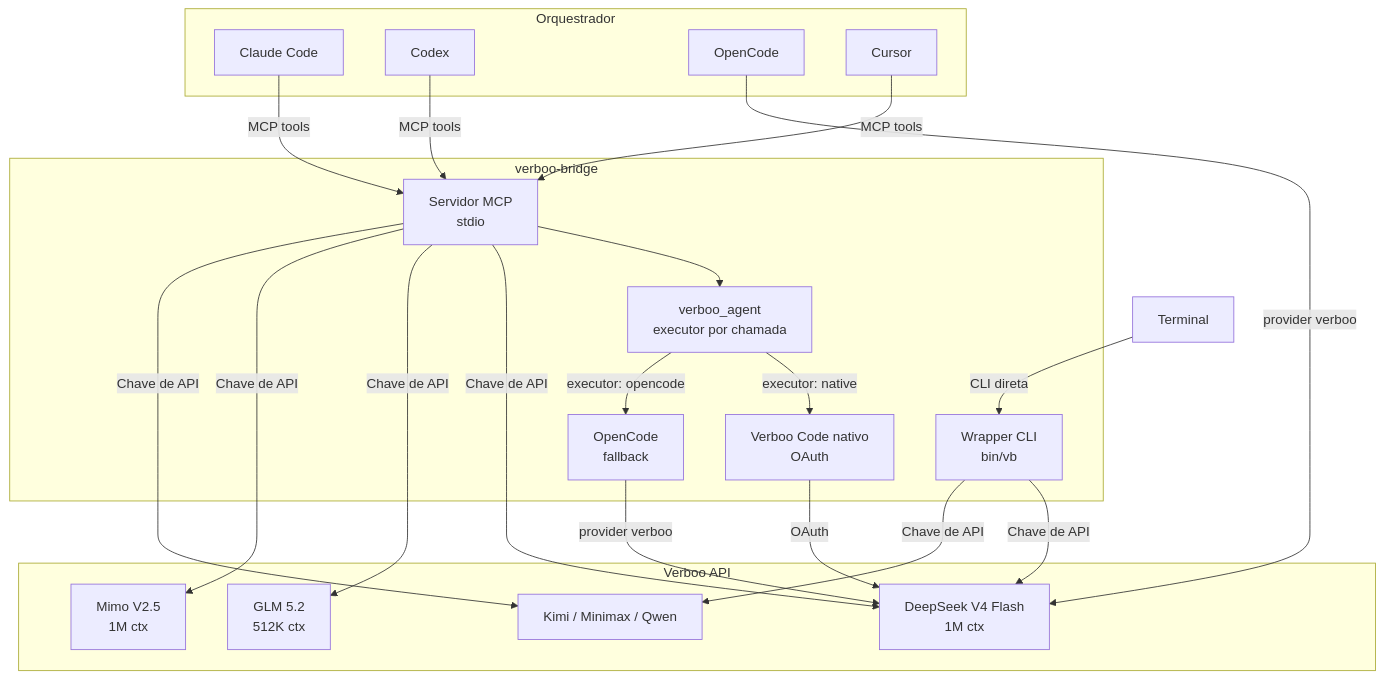
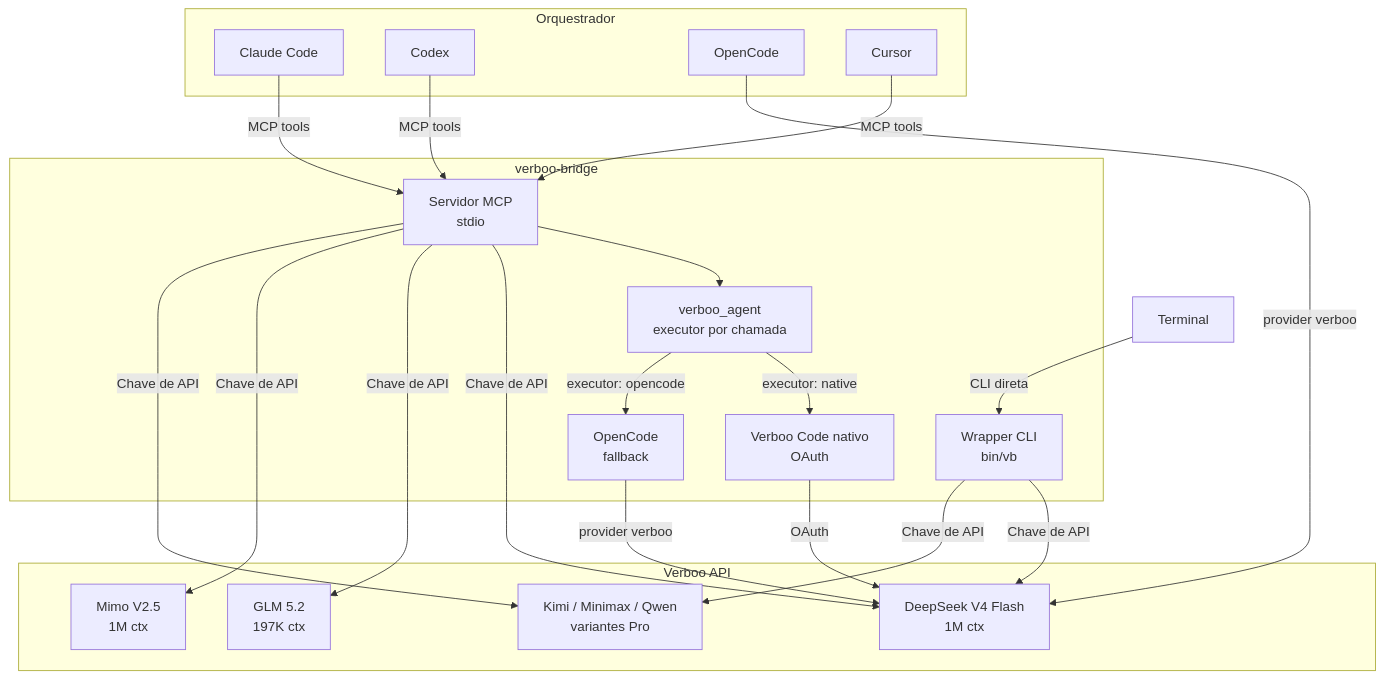
One commit to nikolasdehor/verboo-bridge changed the first of 2 diagrams in README.md. Above: the diagram before and after it, drawn with Mermaid. The commit also changed other lines of this file and 10 other files, not shown here.

````diff
--- a/README.md
+++ b/README.md
@@ -21,42 +21,42 @@
 ```mermaid
 graph TB
     subgraph "Orquestrador"
         CLAUDE[Claude Code]
         CODEX[Codex]
         OPENCODE[OpenCode]
         CURSOR[Cursor]
     end
 
     subgraph "verboo-bridge"
         MCP[Servidor MCP<br/>stdio]
         CLI[Wrapper CLI<br/>bin/vb]
         AGENT[verboo_agent<br/>executor por chamada]
         NATIVE[Verboo Code nativo<br/>OAuth]
         HARNESS[OpenCode<br/>fallback]
     end
 
     subgraph "Verboo API"
         DS[DeepSeek V4 Flash<br/>1M ctx]
-        GLM[GLM 5.2<br/>512K ctx]
+        GLM[GLM 5.2<br/>197K ctx]
         MIMO[Mimo V2.5<br/>1M ctx]
-        OUTROS[Kimi / Minimax / Qwen]
+        OUTROS[Kimi / Minimax / Qwen<br/>variantes Pro]
     end
 
     CLAUDE -->|MCP tools| MCP
     CODEX -->|MCP tools| MCP
     CURSOR -->|MCP tools| MCP
     Terminal -->|CLI direta| CLI
 
     MCP --> AGENT
     AGENT -->|executor: native| NATIVE
     AGENT -->|executor: opencode| HARNESS
     NATIVE -->|OAuth| DS
     HARNESS -->|provider verboo| DS
     OPENCODE -->|provider verboo| DS
     MCP -->|Chave de API| DS
     MCP -->|Chave de API| GLM
     MCP -->|Chave de API| MIMO
     MCP -->|Chave de API| OUTROS
     CLI -->|Chave de API| DS
     CLI -->|Chave de API| OUTROS
 ```
````
